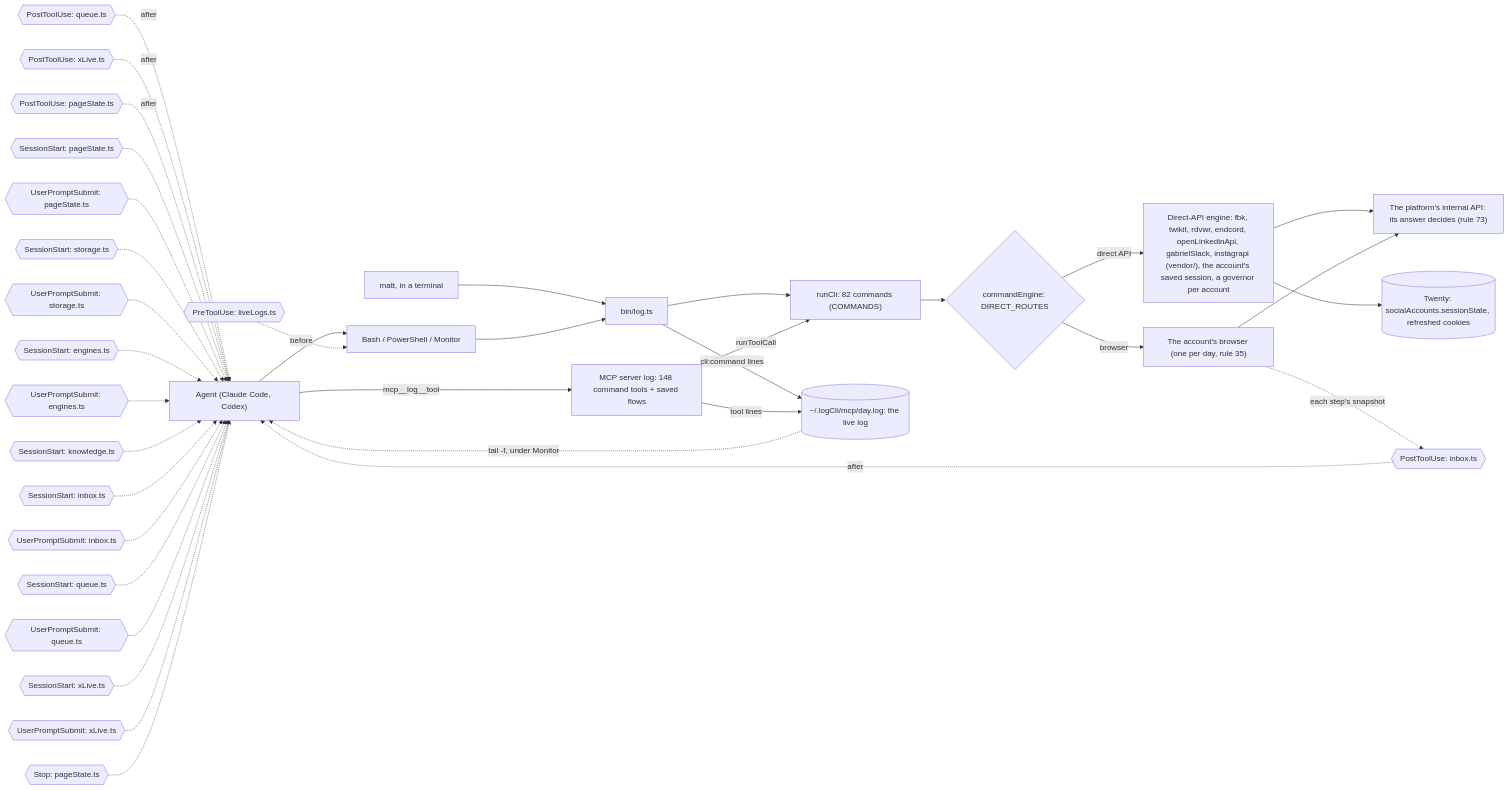
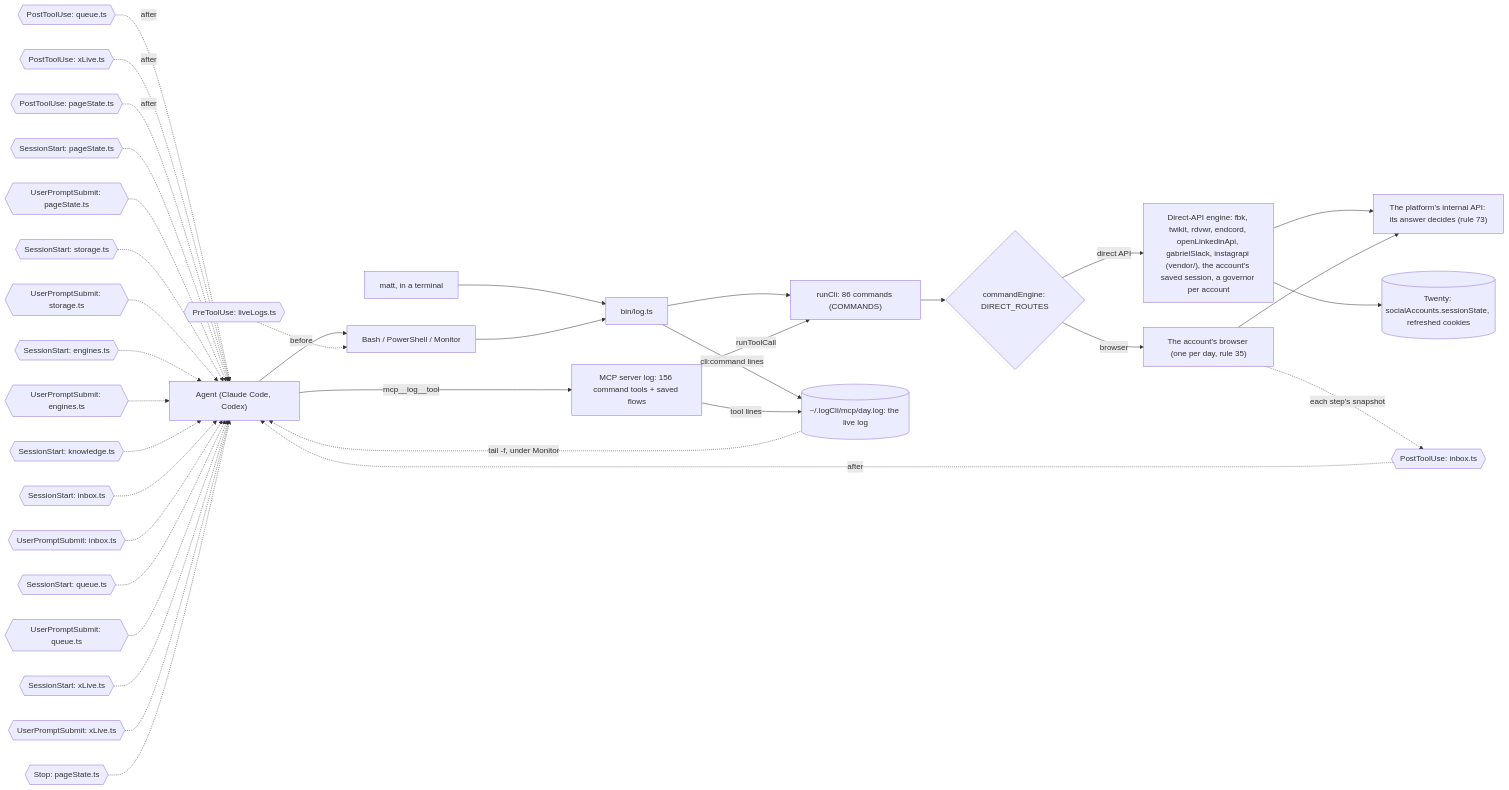
One commit to matthewdonsemail-lab/log changed the third of 6 diagrams in docs/reference.md. Above: the diagram before and after it, drawn with Mermaid. The commit also changed other lines of this file and 35 other files, not shown here.

````diff
--- a/docs/reference.md
+++ b/docs/reference.md
@@ -178,50 +182,50 @@
 ```mermaid
 flowchart LR
   agent["Agent (Claude Code, Codex)"]
   matt["matt, in a terminal"]
   shell["Bash / PowerShell / Monitor"]
-  mcp["MCP server log: 148 command tools + saved flows"]
+  mcp["MCP server log: 156 command tools + saved flows"]
   bin["bin/log.ts"]
-  runCli["runCli: 82 commands (COMMANDS)"]
+  runCli["runCli: 86 commands (COMMANDS)"]
   live[("~/.logCli/mcp/day.log: the live log")]
   engine{"commandEngine: DIRECT_ROUTES"}
   direct["Direct-API engine: fbk, twikit, rdvwr, endcord, openLinkedinApi, gabrielSlack, instagrapi (vendor/), the account's saved session, a governor per account"]
   browser["The account's browser (one per day, rule 35)"]
   api["The platform's internal API: its answer decides (rule 73)"]
   twenty[("Twenty: socialAccounts.sessionState, refreshed cookies")]
   agent --> shell
   matt --> bin
   shell --> bin
   agent -->|mcp__log__tool| mcp
   bin --> runCli
   mcp -->|runToolCall| runCli
   runCli --> engine
   engine -->|direct API| direct
   engine -->|browser| browser
   direct --> api
   browser --> api
   direct --> twenty
   bin -->|cli:command lines| live
   mcp -->|tool lines| live
   live -.->|tail -f, under Monitor| agent
   pre0{{"PreToolUse: liveLogs.ts"}} -.->|before| shell
   post0{{"PostToolUse: inbox.ts"}} -.->|after| agent
   post1{{"PostToolUse: queue.ts"}} -.->|after| agent
   post2{{"PostToolUse: xLive.ts"}} -.->|after| agent
   post3{{"PostToolUse: pageState.ts"}} -.->|after| agent
   turn0{{"SessionStart: pageState.ts"}} -.-> agent
   turn1{{"UserPromptSubmit: pageState.ts"}} -.-> agent
   turn2{{"SessionStart: storage.ts"}} -.-> agent
   turn3{{"UserPromptSubmit: storage.ts"}} -.-> agent
   turn4{{"SessionStart: engines.ts"}} -.-> agent
   turn5{{"UserPromptSubmit: engines.ts"}} -.-> agent
   turn6{{"SessionStart: knowledge.ts"}} -.-> agent
   turn7{{"SessionStart: inbox.ts"}} -.-> agent
   turn8{{"UserPromptSubmit: inbox.ts"}} -.-> agent
   turn9{{"SessionStart: queue.ts"}} -.-> agent
   turn10{{"UserPromptSubmit: queue.ts"}} -.-> agent
   turn11{{"SessionStart: xLive.ts"}} -.-> agent
   turn12{{"UserPromptSubmit: xLive.ts"}} -.-> agent
   turn13{{"Stop: pageState.ts"}} -.-> agent
   browser -.->|each step's snapshot| post0
 ```
````
